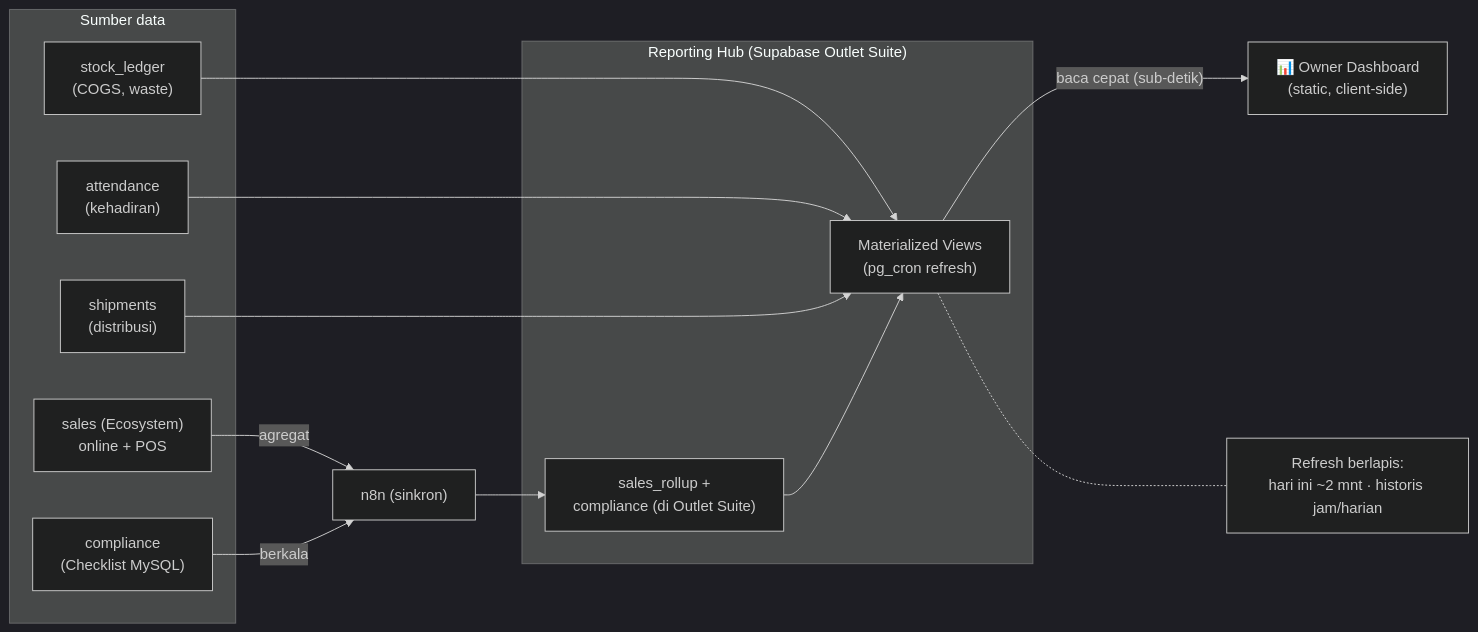
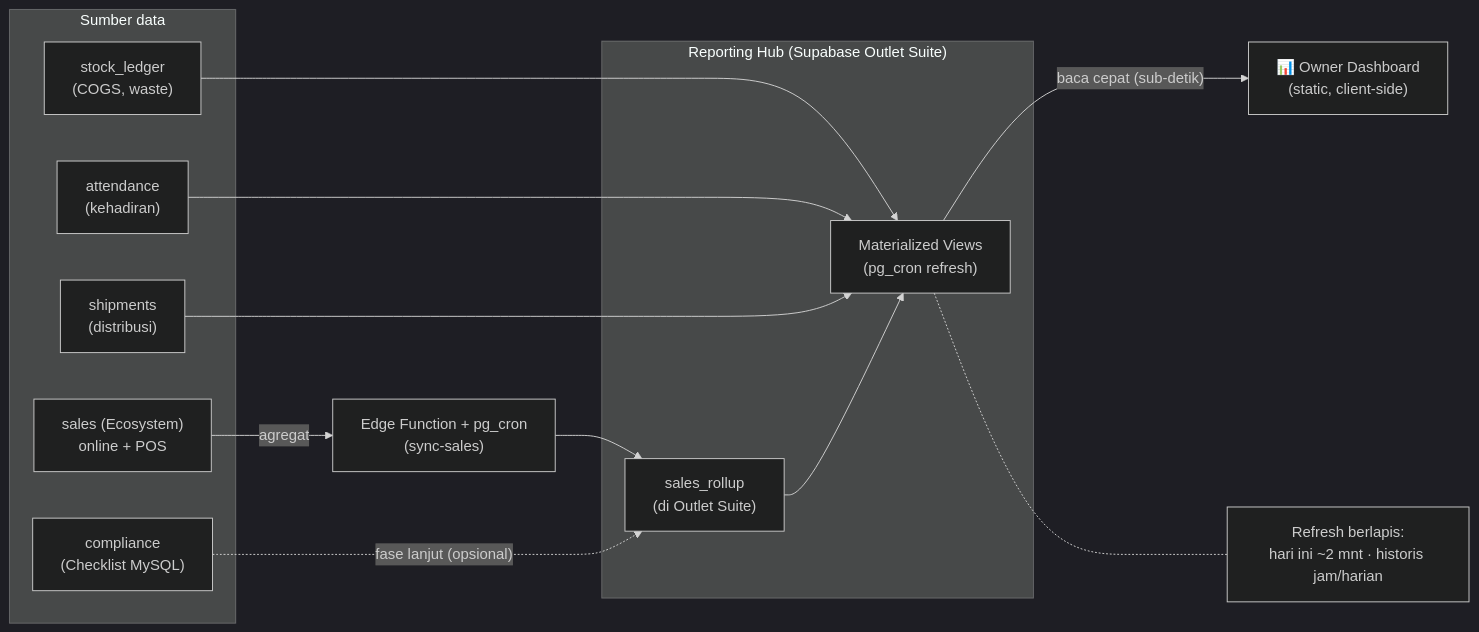
Before and after one commit to dev-sukashawarma/DIGITALISASI-SS-PROJECT: the sixth of 7 diagrams in docs/FLOWS.md, drawn with Mermaid (dark theme). The commit also changed other lines of this file and 10 other files, not shown here.

First line of the commit message:
refactor(docs): sinkron data pakai Edge Function + pg_cron, bukan n8n (ADR-006)

````diff
--- a/docs/FLOWS.md
+++ b/docs/FLOWS.md
@@ -124,28 +124,28 @@
 ```mermaid
 flowchart LR
     subgraph SRC["Sumber data"]
         led["stock_ledger<br/>(COGS, waste)"]
         att["attendance<br/>(kehadiran)"]
         shp["shipments<br/>(distribusi)"]
         sales["sales (Ecosystem)<br/>online + POS"]
         comp["compliance<br/>(Checklist MySQL)"]
     end
 
-    n8n["n8n (sinkron)"]
-    sales -->|"agregat"| n8n
-    comp -->|"berkala"| n8n
-    n8n --> roll["sales_rollup +<br/>compliance (di Outlet Suite)"]
+    ef["Edge Function + pg_cron<br/>(sync-sales)"]
+    sales -->|"agregat"| ef
+    ef --> roll["sales_rollup<br/>(di Outlet Suite)"]
+    comp -.->|"fase lanjut (opsional)"| roll
 
     subgraph HUB["Reporting Hub (Supabase Outlet Suite)"]
         roll
         led --> mv["Materialized Views<br/>(pg_cron refresh)"]
         att --> mv
         shp --> mv
         roll --> mv
     end
 
     mv -->|"baca cepat (sub-detik)"| dash["📊 Owner Dashboard<br/>(static, client-side)"]
 
     note["Refresh berlapis:<br/>hari ini ~2 mnt · historis jam/harian"]
     mv -.- note
 ```
````
